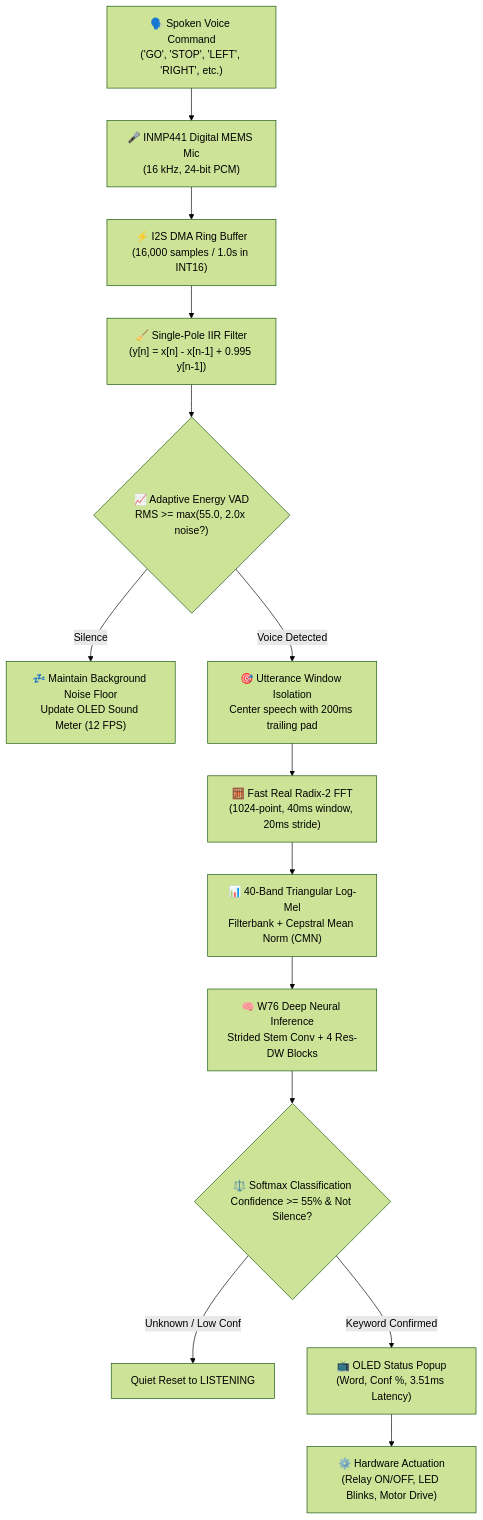
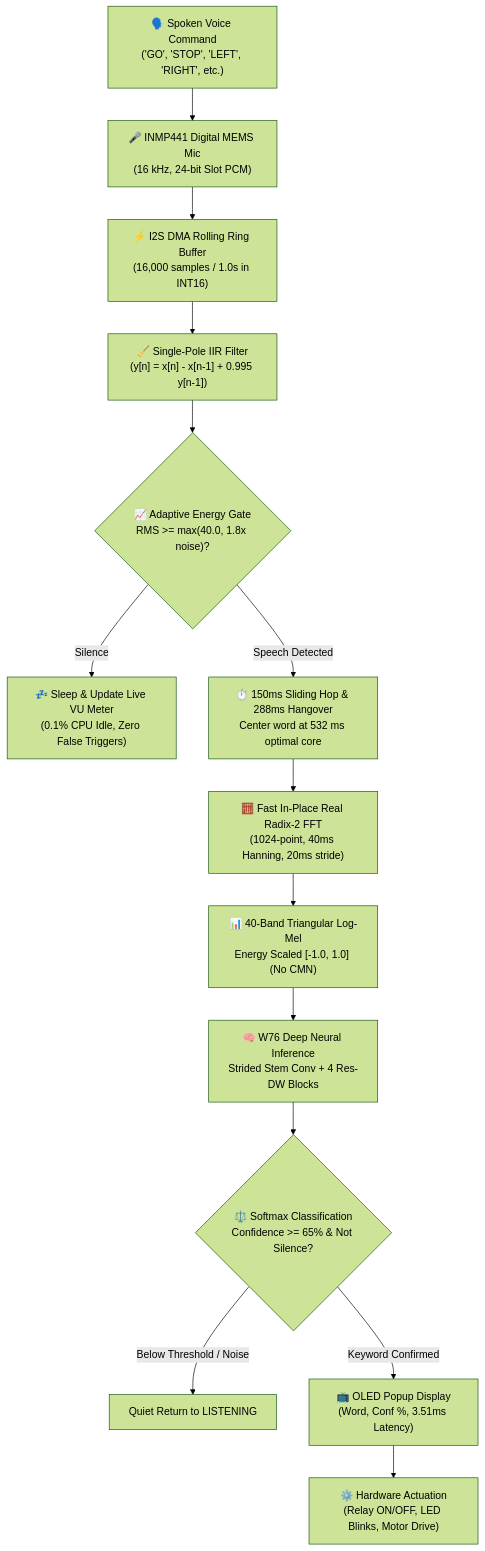
Before and after one commit to lazyaashish/tinyml-voice-command: the diagram in README.md, drawn with Mermaid (forest theme). The commit also changed other lines of this file and 3 other files, not shown here.

Commit message:
docs: overhaul README with animated vector pipeline, sliding VAD hangover engine, and OLED state machine

````diff
--- a/README.md
+++ b/README.md
@@ -125,16 +154,16 @@
 ```mermaid
 flowchart TD
-    A["🗣️ Spoken Voice Command\n('GO', 'STOP', 'LEFT', 'RIGHT', etc.)"] --> B["🎤 INMP441 Digital MEMS Mic\n(16 kHz, 24-bit PCM)"]
-    B --> C["⚡ I2S DMA Ring Buffer\n(16,000 samples / 1.0s in INT16)"]
+    A["🗣️ Spoken Voice Command\n('GO', 'STOP', 'LEFT', 'RIGHT', etc.)"] --> B["🎤 INMP441 Digital MEMS Mic\n(16 kHz, 24-bit Slot PCM)"]
+    B --> C["⚡ I2S DMA Rolling Ring Buffer\n(16,000 samples / 1.0s in INT16)"]
     C --> D["🧹 Single-Pole IIR Filter\n(y[n] = x[n] - x[n-1] + 0.995 y[n-1])"]
-    D --> E{"📈 Adaptive Energy VAD\nRMS >= max(55.0, 2.0x noise?)"}
-    E -- "Silence" --> F["💤 Maintain Background Noise Floor\nUpdate OLED Sound Meter (12 FPS)"]
-    E -- "Voice Detected" --> G["🎯 Utterance Window Isolation\nCenter speech with 200ms trailing pad"]
-    G --> H["🧮 Fast Real Radix-2 FFT\n(1024-point, 40ms window, 20ms stride)"]
-    H --> I["📊 40-Band Triangular Log-Mel\nFilterbank + Cepstral Mean Norm (CMN)"]
+    D --> E{"📈 Adaptive Energy Gate\nRMS >= max(40.0, 1.8x noise)?"}
+    E -- "Silence" --> F["💤 Sleep & Update Live VU Meter\n(0.1% CPU Idle, Zero False Triggers)"]
+    E -- "Speech Detected" --> G["⏱️ 150ms Sliding Hop & 288ms Hangover\nCenter word at 532 ms optimal core"]
+    G --> H["🧮 Fast In-Place Real Radix-2 FFT\n(1024-point, 40ms Hanning, 20ms stride)"]
+    H --> I["📊 40-Band Triangular Log-Mel\nEnergy Scaled [-1.0, 1.0] (No CMN)"]
     I --> J["🧠 W76 Deep Neural Inference\nStrided Stem Conv + 4 Res-DW Blocks"]
-    J --> K{"⚖️ Softmax Classification\nConfidence >= 55% & Not Silence?"}
-    K -- "Unknown / Low Conf" --> L["Quiet Reset to LISTENING"]
-    K -- "Keyword Confirmed" --> M["📺 OLED Status Popup\n(Word, Conf %, 3.51ms Latency)"]
+    J --> K{"⚖️ Softmax Classification\nConfidence >= 65% & Not Silence?"}
+    K -- "Below Threshold / Noise" --> L["Quiet Return to LISTENING"]
+    K -- "Keyword Confirmed" --> M["📺 OLED Popup Display\n(Word, Conf %, 3.51ms Latency)"]
     M --> N["⚙️ Hardware Actuation\n(Relay ON/OFF, LED Blinks, Motor Drive)"]
 ```
````
